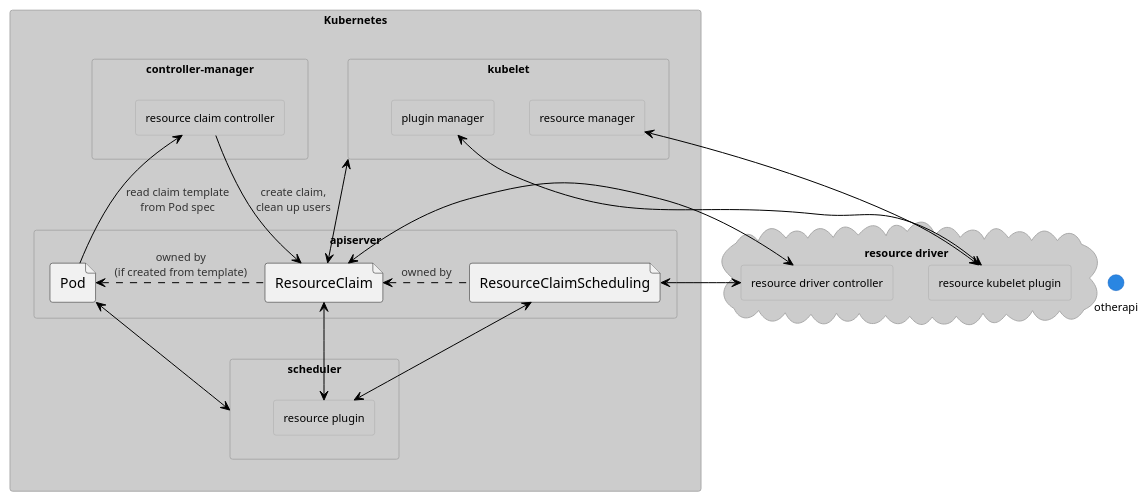
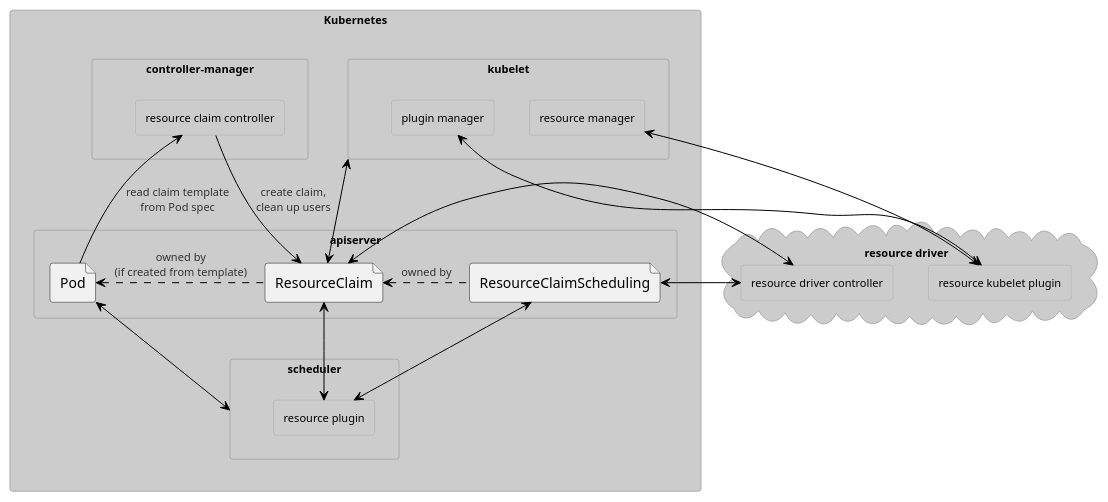
Before and after one commit to pohly/enhancements: the diagram in keps/sig-node/3063-dynamic-resource-allocation/components.puml, drawn with PlantUML. The commit also changed 1 other file, not shown here.

Commit message:
dynamic resource allocation: fix component diagram

```diff
--- a/keps/sig-node/3063-dynamic-resource-allocation/components.puml
+++ b/keps/sig-node/3063-dynamic-resource-allocation/components.puml
@@ -1,49 +1,47 @@
 @startuml
 !theme reddress-lightblue
 skinparam componentStyle rectangle
 
 cloud "resource driver" {
   component "resource driver controller" as drivercontroller
   component "resource kubelet plugin" as driverplugin
 }
 
 component Kubernetes {
   component apiserver {
       file Pod
       file ResourceClaim
       file ResourceClaimScheduling
   }
   component scheduler {
     component "resource plugin" as k8sresourceplugin
   }
   component "controller-manager" as controllermanager {
     component "resource claim controller" as k8sresourceclaimcontroller
   }
   component kubelet {
     component "plugin manager" as pluginmanager
     component "resource manager" as resourcemanager
   }
 }
 
 controllermanager -[hidden]> kubelet
 drivercontroller -[hidden]> driverplugin
-Pod -[hidden]> otherapi
-otherapi -[hidden]> ResourceClaim
 
 Pod <. ResourceClaim: owned by\n(if created from template)
 ResourceClaim <. ResourceClaimScheduling: owned by
 
 
 Pod -u-> k8sresourceclaimcontroller: read claim template\nfrom Pod spec
 ResourceClaim <-u- k8sresourceclaimcontroller: create claim,\nclean up users
 ResourceClaim <-u-> kubelet
 k8sresourceplugin <-u-> ResourceClaimScheduling
 
 Pod <--> scheduler
 ResourceClaim <--> k8sresourceplugin
 
 ResourceClaim <-> drivercontroller
 pluginmanager <-> driverplugin
 resourcemanager <-> driverplugin
 ResourceClaimScheduling <-> drivercontroller
 @enduml
```
